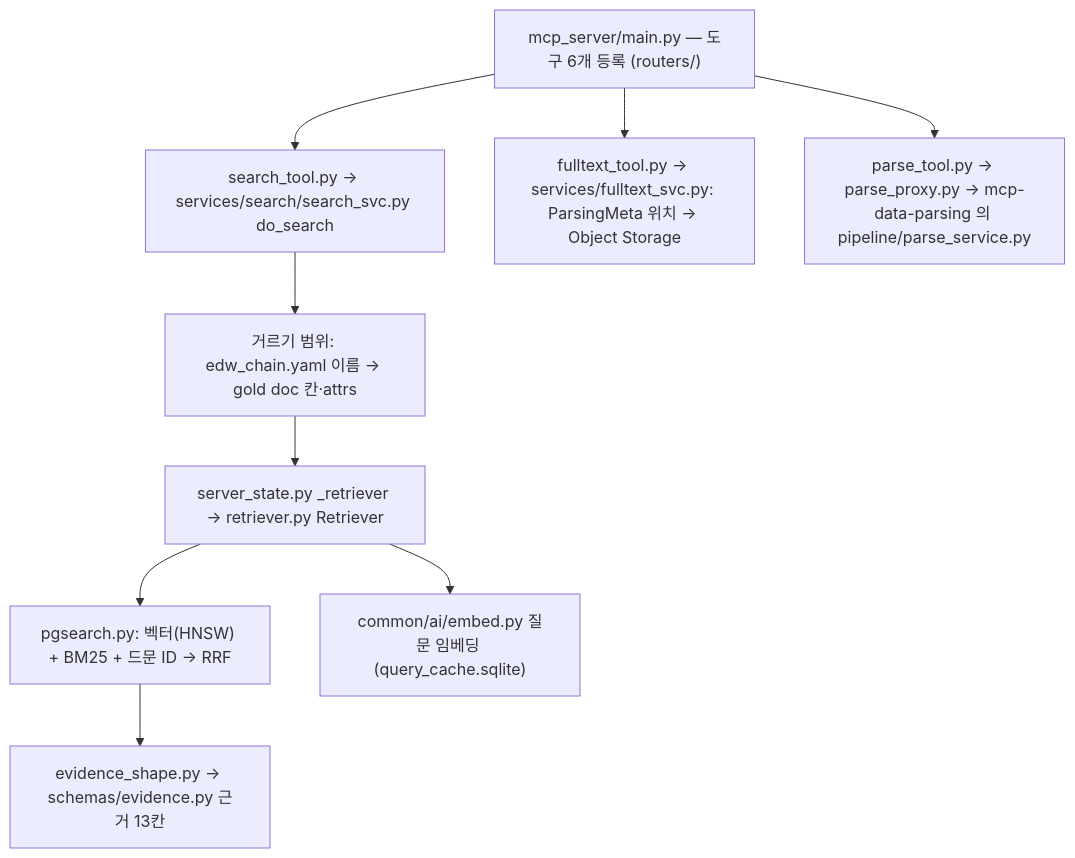
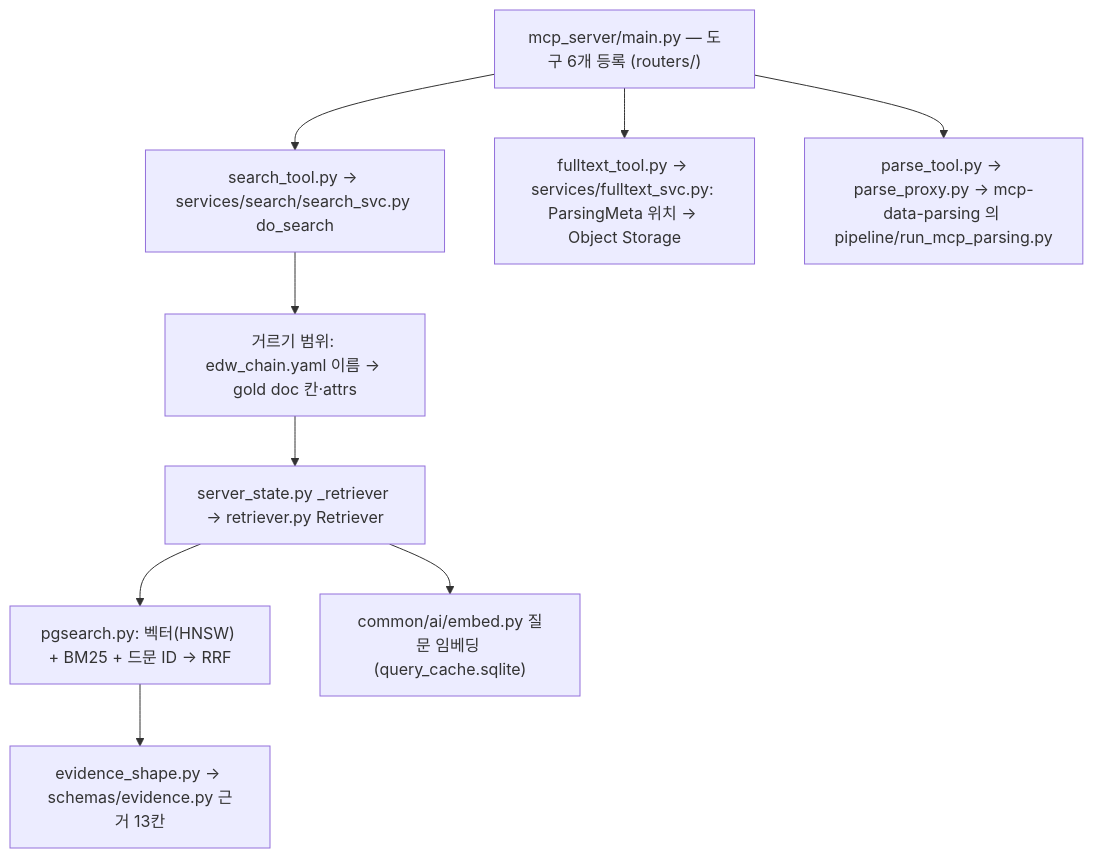
Before and after one commit to gigasamba/sbl_data_parsing: the tenth of 11 diagrams in docs/architecture/parse_flow.md, drawn with Mermaid. The commit also changed other lines of this file and 19 other files, not shown here.

First line of the commit message:
Rename parse_service to run_mcp_parsing in compose, entrypoint, callers and docs

````diff
--- a/docs/architecture/parse_flow.md
+++ b/docs/architecture/parse_flow.md
@@ -429,16 +429,16 @@
 ```mermaid
 flowchart TD
     M["mcp_server/main.py — 도구 6개 등록 (routers/)"]
     S["search_tool.py → services/search/search_svc.py do_search"]
     H["거르기 범위: edw_chain.yaml 이름 → gold doc 칸·attrs"]
     R["server_state.py _retriever → retriever.py Retriever"]
     P["pgsearch.py: 벡터(HNSW) + BM25 + 드문 ID → RRF"]
     Q["common/ai/embed.py 질문 임베딩 (query_cache.sqlite)"]
     O["evidence_shape.py → schemas/evidence.py 근거 13칸"]
     FT["fulltext_tool.py → services/fulltext_svc.py: ParsingMeta 위치 → Object Storage"]
-    PD["parse_tool.py → parse_proxy.py → mcp-data-parsing 의 pipeline/parse_service.py"]
+    PD["parse_tool.py → parse_proxy.py → mcp-data-parsing 의 pipeline/run_mcp_parsing.py"]
     M --> S --> H --> R --> P --> O
     R --> Q
     M --> FT
     M --> PD
 ```
````
